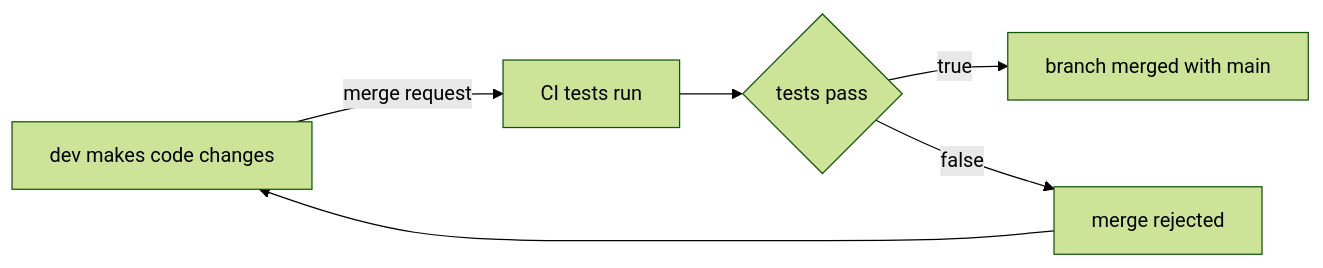
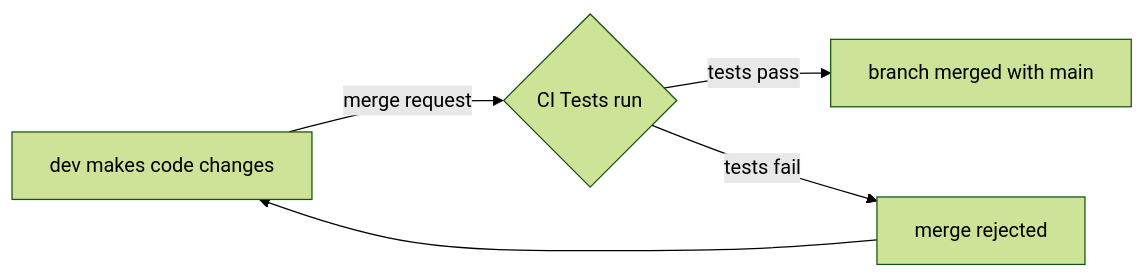
The diagram in understanding_modern_software_dev.md (cmadajski/assorted_writings), drawn with Mermaid (forest theme) before and after one commit.

Commit message:
change flow of mermaid graph for CI

````diff
--- a/understanding_modern_software_dev.md
+++ b/understanding_modern_software_dev.md
@@ -23,8 +23,7 @@
 ```mermaid
 graph LR;
-A[dev makes code changes] -->|merge request| B[CI tests run]
-B --> C{tests pass}
-C -->|true| D[branch merged with main]
-C -->|false| E[merge rejected]
-E --> A
+A[dev makes code changes] -->|merge request| B{CI Tests run}
+B -->|tests pass| C[branch merged with main]
+B -->|tests fail| D[merge rejected]
+D --> A
 ```
````
